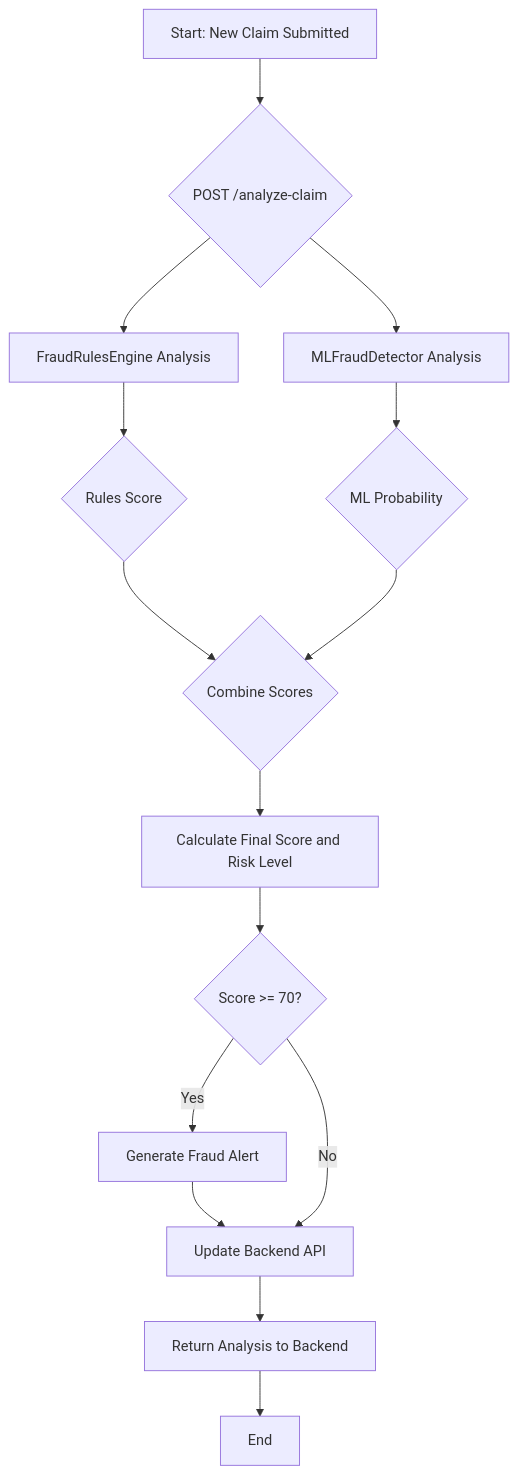
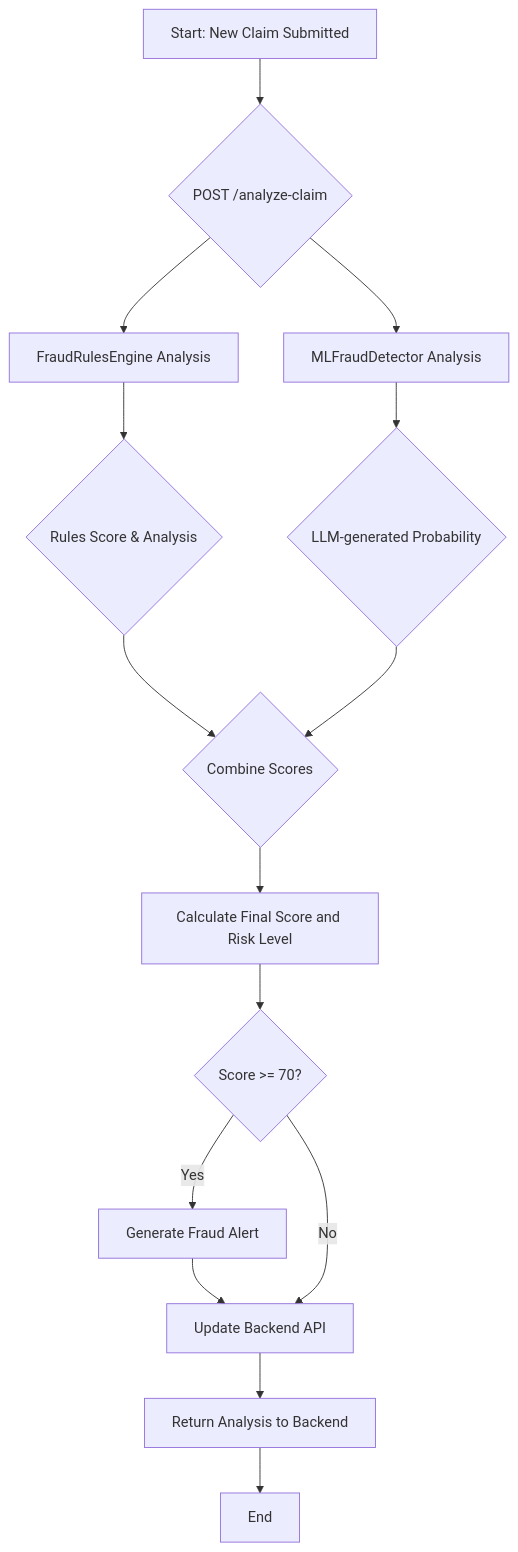
Before and after one commit to nikhlu07/H.E.L.I.X: the diagram in canisters/fraud_engine/README.md, drawn with Mermaid. The commit also changed other lines of this file and 20 other files, not shown here.

````diff
--- a/canisters/fraud_engine/README.md
+++ b/canisters/fraud_engine/README.md
@@ -33,16 +30,16 @@
 ```mermaid
 graph TD
     A[Start: New Claim Submitted] --> B{POST /analyze-claim};
     B --> C[FraudRulesEngine Analysis];
-    C --> D{Rules Score};
+    C --> D{Rules Score & Analysis};
     B --> E[MLFraudDetector Analysis];
-    E --> F{ML Probability};
+    E --> F{LLM-generated Probability};
     D & F --> G{Combine Scores};
     G --> H[Calculate Final Score and Risk Level];
     H --> I{Score >= 70?};
     I -- Yes --> J[Generate Fraud Alert];
     J --> K[Update Backend API];
     I -- No --> K;
     K --> L[Return Analysis to Backend];
     L --> M[End];
 ```
````
